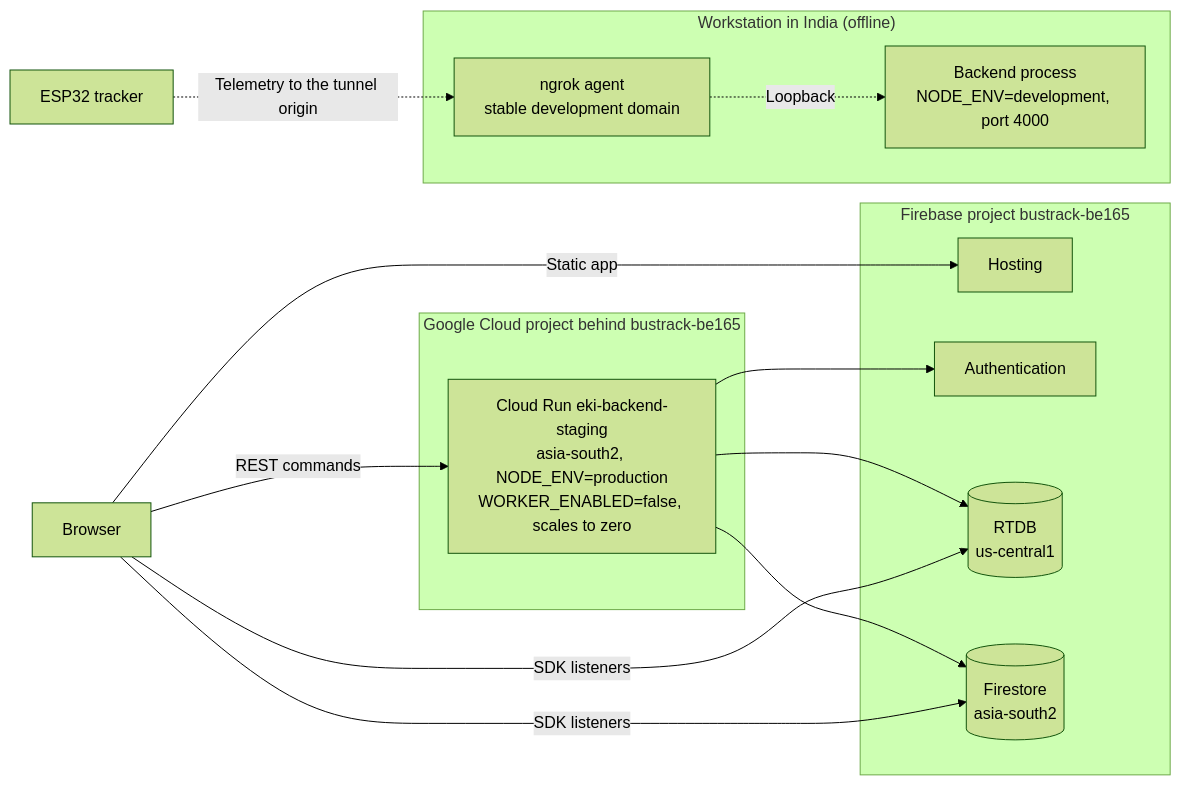
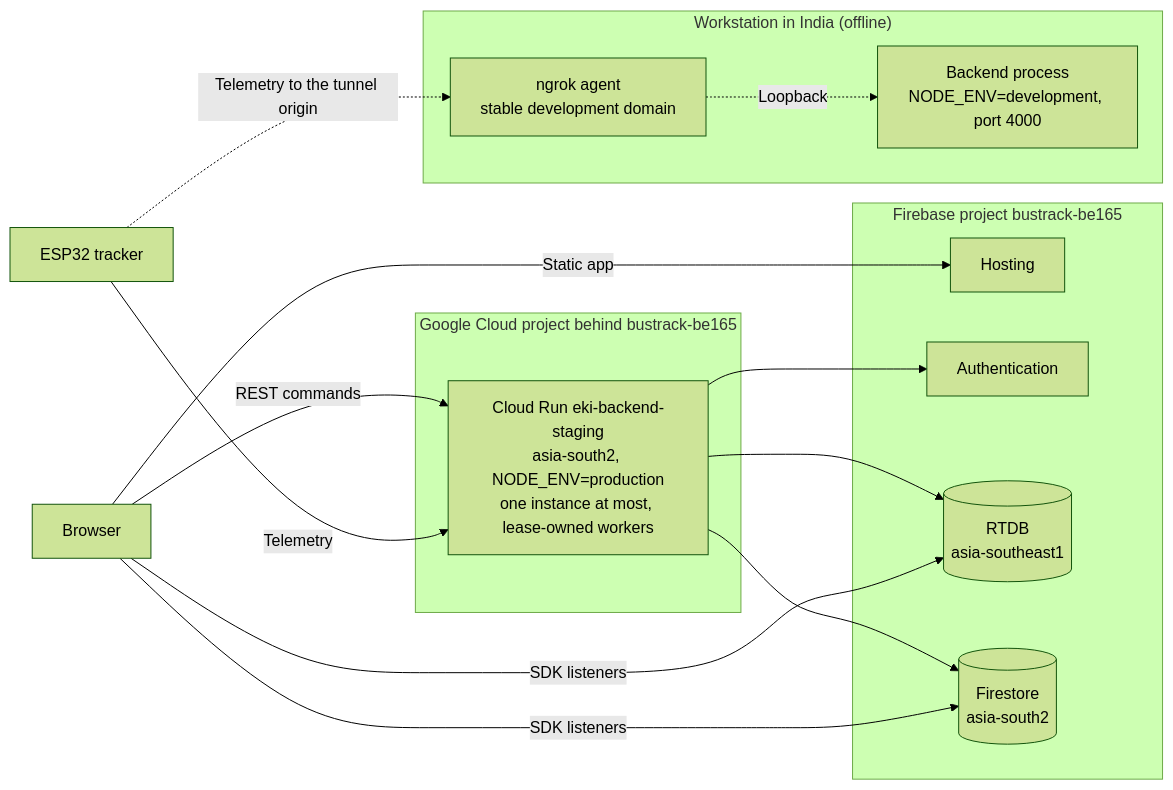
One commit to notnamansinha/Eki changed the third of 6 diagrams in docs/design/ARCHITECTURE.md. Above: the diagram before and after it, drawn with Mermaid (forest theme). The commit also changed other lines of this file and 14 other files, not shown here.

First line of the commit message:
docs: record the Singapore RTDB, the staging worker window and the ruleset bypass (#439)

````diff
--- a/docs/design/ARCHITECTURE.md
+++ b/docs/design/ARCHITECTURE.md
@@ -133,27 +133,28 @@
 ```mermaid
 flowchart LR
     phone["Browser"]
     esp["ESP32 tracker"]
     subgraph gcp["Google Cloud project behind bustrack-be165"]
-        run["Cloud Run eki-backend-staging<br/>asia-south2, NODE_ENV=production<br/>WORKER_ENABLED=false, scales to zero"]
+        run["Cloud Run eki-backend-staging<br/>asia-south2, NODE_ENV=production<br/>one instance at most, lease-owned workers"]
     end
     subgraph ws["Workstation in India (offline)"]
         ngrok["ngrok agent<br/>stable development domain"]
         proc1["Backend process<br/>NODE_ENV=development, port 4000"]
     end
     subgraph fb["Firebase project bustrack-be165"]
         host["Hosting"]
         authn["Authentication"]
-        db1[("RTDB<br/>us-central1")]
+        db1[("RTDB<br/>asia-southeast1")]
         db2[("Firestore<br/>asia-south2")]
     end
     phone -->|"Static app"| host
     phone -->|"REST commands"| run
+    esp -->|"Telemetry"| run
     esp -.->|"Telemetry to the tunnel origin"| ngrok
     ngrok -.->|"Loopback"| proc1
     run --> authn
     run --> db1
     run --> db2
     phone -->|"SDK listeners"| db1
     phone -->|"SDK listeners"| db2
 ```
````
